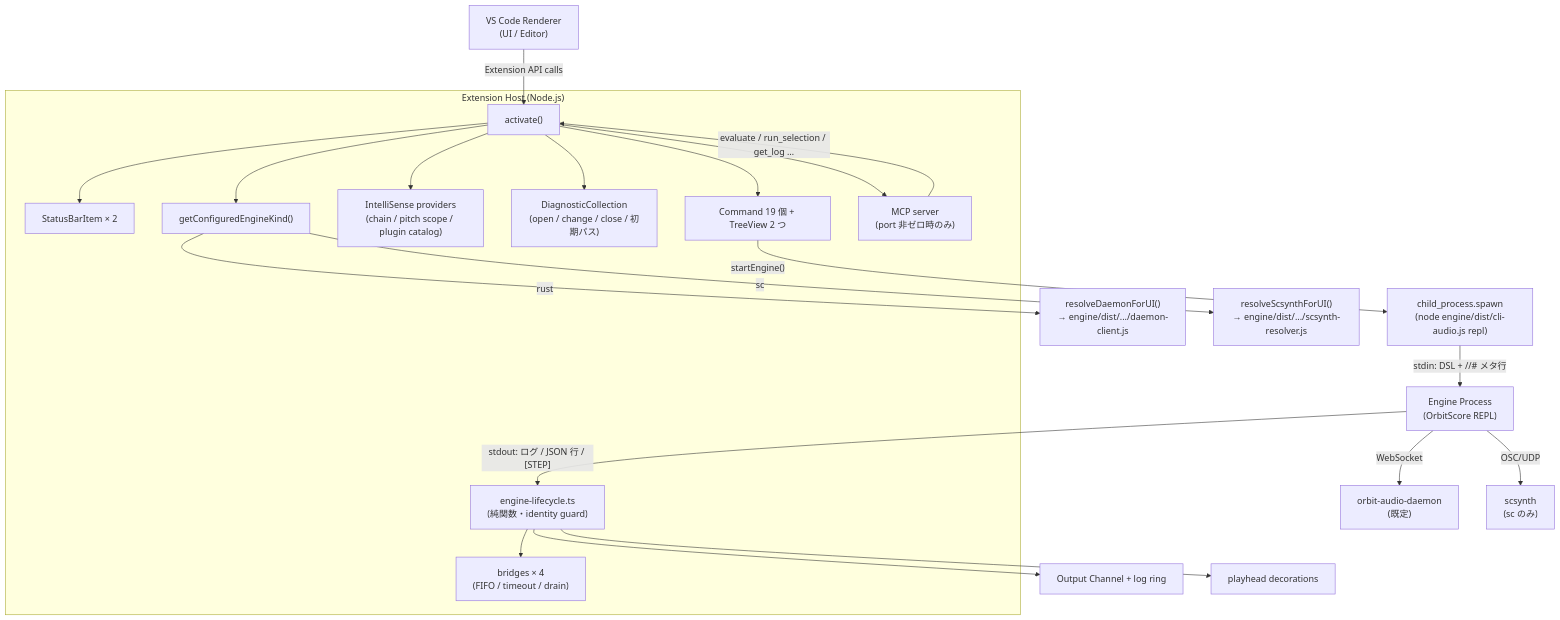
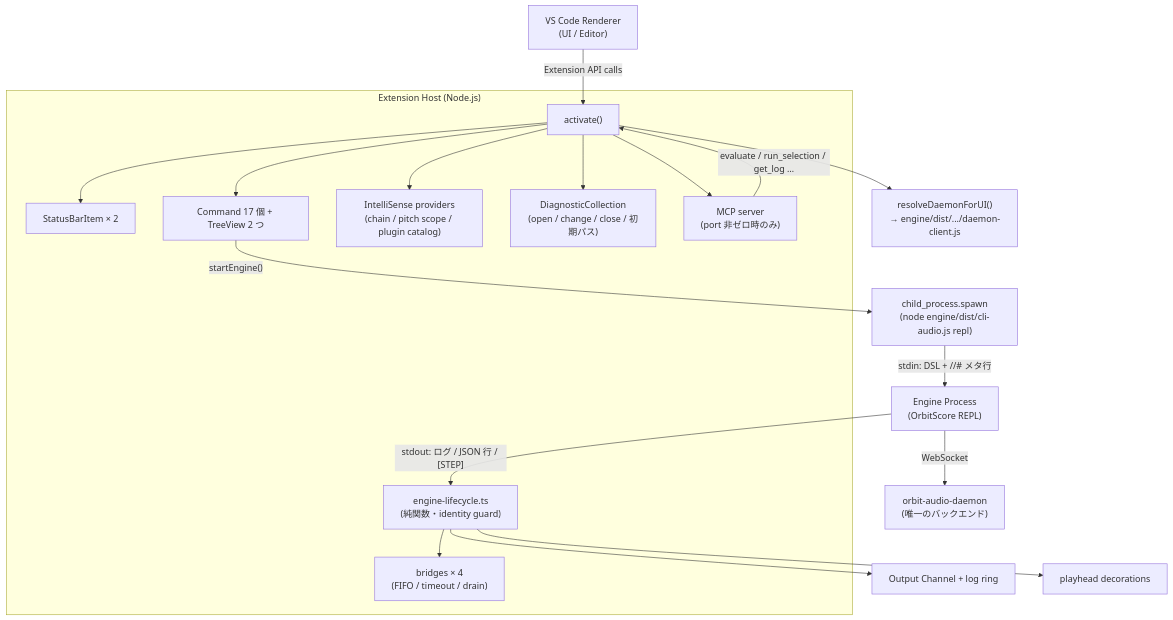
Before and after one commit to signalcompose/orbitscore: the diagram in sites/dev/editor/vscode-architecture.md, drawn with Mermaid. The commit also changed other lines of this file and 23 other files, not shown here.

````diff
--- a/sites/dev/editor/vscode-architecture.md
+++ b/sites/dev/editor/vscode-architecture.md
@@ -870,29 +869,26 @@
 ```mermaid
 flowchart TD
     A["VS Code Renderer\n(UI / Editor)"] -->|"Extension API calls"| B
 
     subgraph ExtHost["Extension Host (Node.js)"]
         B["activate()"]
         B --> C["StatusBarItem × 2"]
-        B --> D["Command 19 個 + TreeView 2 つ"]
+        B --> D["Command 17 個 + TreeView 2 つ"]
         B --> E["IntelliSense providers\n(chain / pitch scope / plugin catalog)"]
         B --> F["DiagnosticCollection\n(open / change / close / 初期パス)"]
-        B --> G["getConfiguredEngineKind()"]
         B --> MCP["MCP server\n(port 非ゼロ時のみ)"]
         LC["engine-lifecycle.ts\n(純関数・identity guard)"]
         BR["bridges × 4\n(FIFO / timeout / drain)"]
     end
 
-    G -->|"rust"| H1["resolveDaemonForUI()\n→ engine/dist/.../daemon-client.js"]
-    G -->|"sc"| H2["resolveScsynthForUI()\n→ engine/dist/.../scsynth-resolver.js"]
+    B --> H1["resolveDaemonForUI()\n→ engine/dist/.../daemon-client.js"]
 
     D -->|"startEngine()"| N["child_process.spawn\n(node engine/dist/cli-audio.js repl)"]
     N -->|"stdin: DSL + //# メタ行"| O["Engine Process\n(OrbitScore REPL)"]
     O -->|"stdout: ログ / JSON 行 / [STEP]"| LC
     LC --> P["Output Channel + log ring"]
     LC --> BR
     LC --> PH["playhead decorations"]
-    O -->|"WebSocket"| Q1["orbit-audio-daemon\n(既定)"]
-    O -->|"OSC/UDP"| Q2["scsynth\n(sc のみ)"]
+    O -->|"WebSocket"| Q1["orbit-audio-daemon\n(唯一のバックエンド)"]
     MCP -->|"evaluate / run_selection / get_log …"| B
 ```
````
